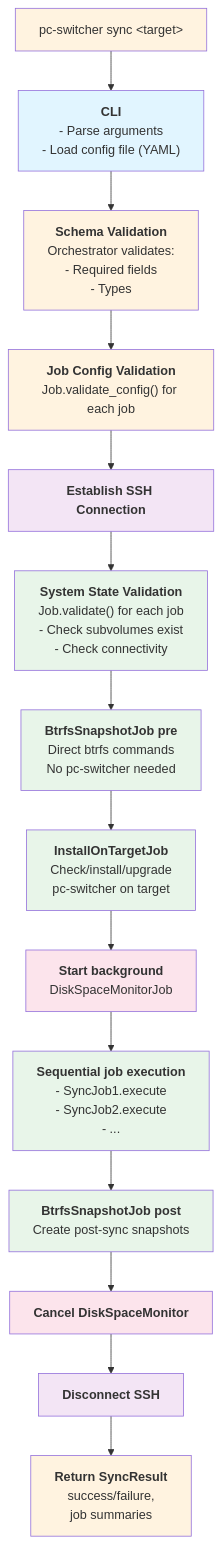
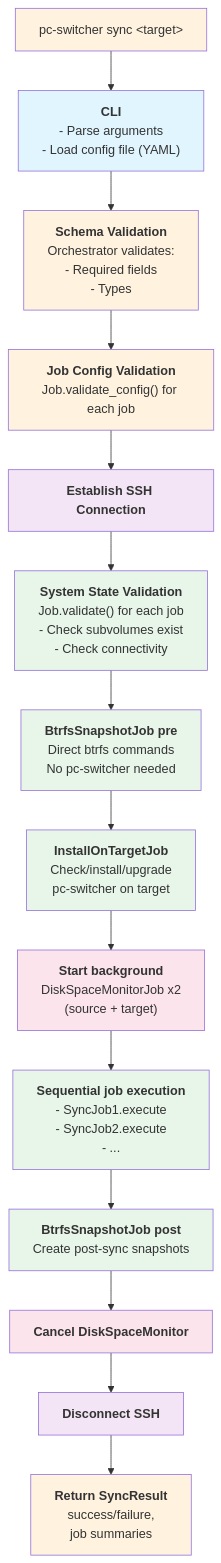
Before and after one commit to flaksit/pc-switcher: diagram 12 of 12 in specs/001-foundation/architecture-claude.md, drawn with Mermaid. The commit also changed other lines of this file, not shown here.

````diff
--- a/specs/001-foundation/architecture-claude.md
+++ b/specs/001-foundation/architecture-claude.md
@@ -671,59 +729,59 @@
 ```mermaid
 graph TD
     Start["pc-switcher sync &lt;target&gt;"]
 
     CLI["<b>CLI</b><br/>- Parse arguments<br/>- Load config file (YAML)"]
 
     SchemaVal["<b>Schema Validation</b><br/>Orchestrator validates:<br/>- Required fields<br/>- Types"]
 
     JobConfigVal["<b>Job Config Validation</b><br/>Job.validate_config() for each job"]
 
     Connect["<b>Establish SSH Connection</b>"]
 
     SystemVal["<b>System State Validation</b><br/>Job.validate() for each job<br/>- Check subvolumes exist<br/>- Check connectivity"]
 
     SnapPre["<b>BtrfsSnapshotJob pre</b><br/>Direct btrfs commands<br/>No pc-switcher needed"]
 
     InstallTarget["<b>InstallOnTargetJob</b><br/>Check/install/upgrade<br/>pc-switcher on target"]
 
-    StartDiskMon["<b>Start background</b><br/>DiskSpaceMonitorJob"]
+    StartDiskMon["<b>Start background</b><br/>DiskSpaceMonitorJob x2<br/>(source + target)"]
 
     SyncJobs["<b>Sequential job execution</b><br/>- SyncJob1.execute<br/>- SyncJob2.execute<br/>- ..."]
 
     SnapPost["<b>BtrfsSnapshotJob post</b><br/>Create post-sync snapshots"]
 
     CancelMon["<b>Cancel DiskSpaceMonitor</b>"]
 
     Disconnect["<b>Disconnect SSH</b>"]
 
     Result["<b>Return SyncResult</b><br/>success/failure,<br/>job summaries"]
 
     Start --> CLI
     CLI --> SchemaVal
     SchemaVal --> JobConfigVal
     JobConfigVal --> Connect
     Connect --> SystemVal
     SystemVal --> SnapPre
     SnapPre --> InstallTarget
     InstallTarget --> StartDiskMon
     StartDiskMon --> SyncJobs
     SyncJobs --> SnapPost
     SnapPost --> CancelMon
     CancelMon --> Disconnect
     Disconnect --> Result
 
     style Start fill:#fff3e0
     style CLI fill:#e1f5ff
     style SchemaVal fill:#fff3e0
     style JobConfigVal fill:#fff3e0
     style Connect fill:#f3e5f5
     style SystemVal fill:#e8f5e9
     style SnapPre fill:#e8f5e9
     style InstallTarget fill:#e8f5e9
     style StartDiskMon fill:#fce4ec
     style SyncJobs fill:#e8f5e9
     style SnapPost fill:#e8f5e9
     style CancelMon fill:#fce4ec
     style Disconnect fill:#f3e5f5
     style Result fill:#fff3e0
 ```
````
